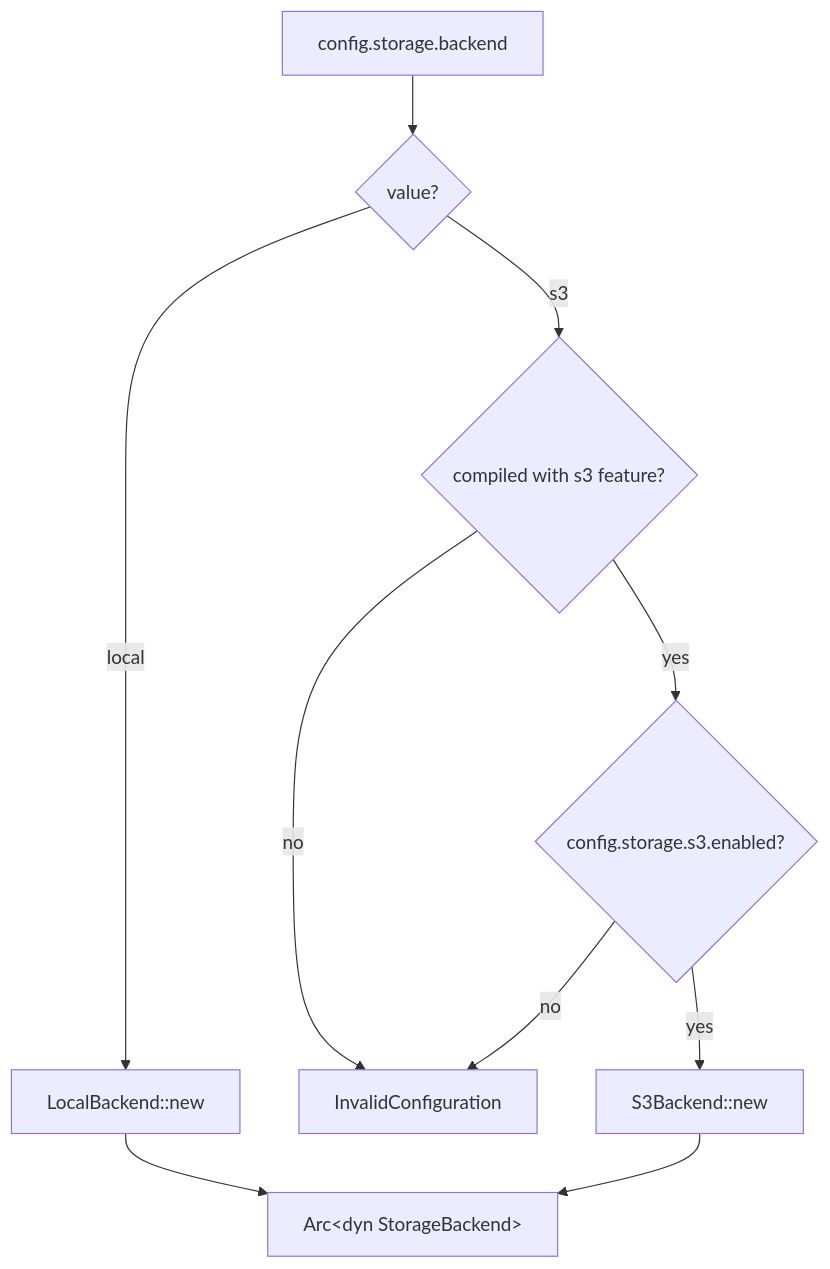
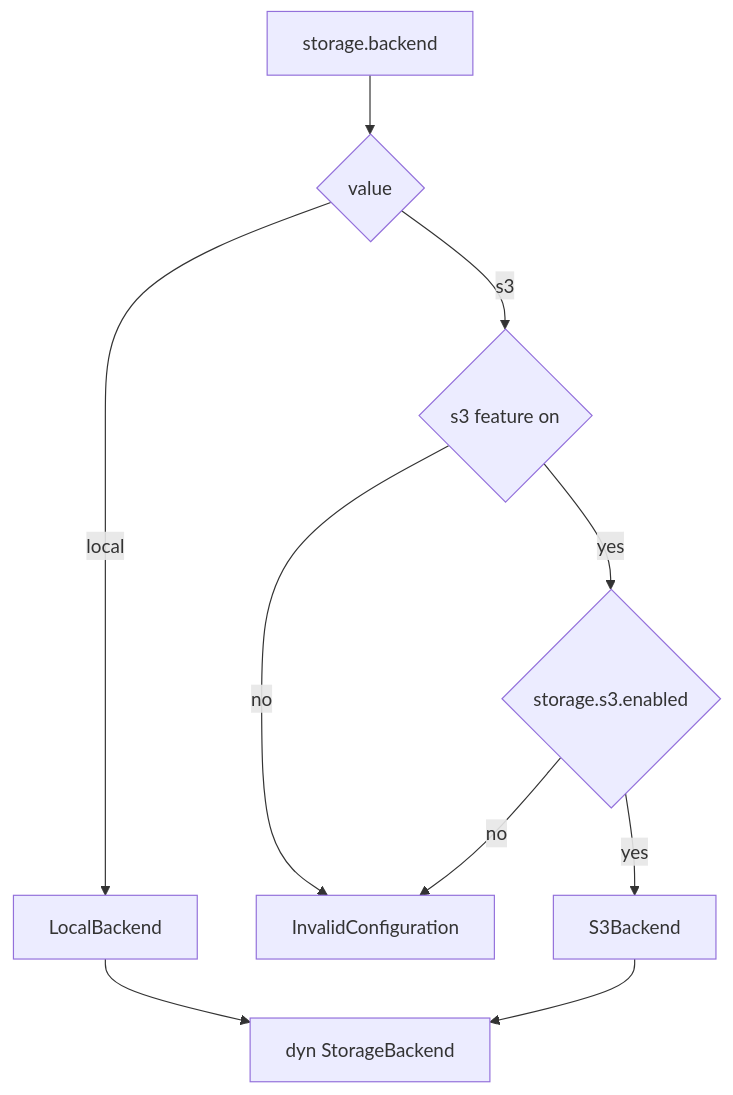
One commit to Lighty-Launcher/LightyUpdater changed the diagram in crates/storage/docs/overview.md. Above: the diagram before and after it, drawn with Mermaid. The commit also changed 22 other files, not shown here.

First line of the commit message:
Simplify per-crate docs + harden mermaid for GitBook

````diff
--- a/crates/storage/docs/overview.md
+++ b/crates/storage/docs/overview.md
@@ -27,12 +27,12 @@
 ```mermaid
 flowchart TD
-    Cfg[config.storage.backend] --> Sw{value?}
-    Sw -->|"local"| LB[LocalBackend::new]
-    Sw -->|"s3"| F{compiled with s3 feature?}
+    Cfg[storage.backend] --> Sw{value}
+    Sw -->|local| LB[LocalBackend]
+    Sw -->|s3| F{s3 feature on}
     F -->|no| Err[InvalidConfiguration]
-    F -->|yes| EnFlag{config.storage.s3.enabled?}
+    F -->|yes| EnFlag{storage.s3.enabled}
     EnFlag -->|no| Err
-    EnFlag -->|yes| S3[S3Backend::new]
-    LB --> Box[Arc&lt;dyn StorageBackend&gt;]
+    EnFlag -->|yes| S3[S3Backend]
+    LB --> Box[dyn StorageBackend]
     S3 --> Box
 ```
````
